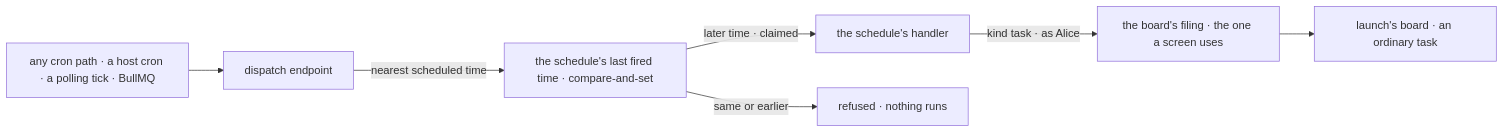
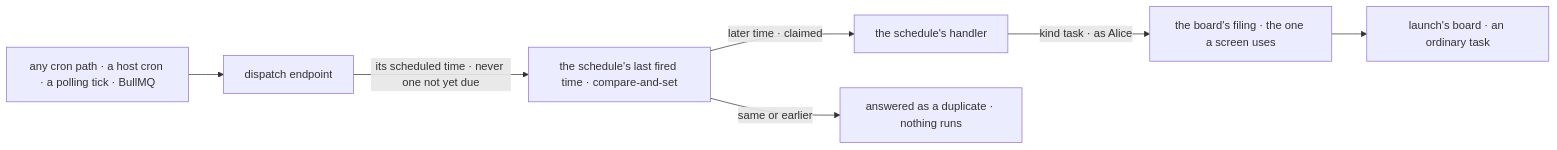
The second of 2 diagrams in specs/issues/FIX-2085/SPEC.md (fixpoint-labs/flow-state-dev), drawn with Mermaid before and after one commit. The commit also changed other lines of this file and 1 other file, not shown here.

First line of the commit message:
spec(FIX-2085): review round 1, D2 claims only a due time, scoped to cross-process CAS stores

````diff
--- a/specs/issues/FIX-2085/SPEC.md
+++ b/specs/issues/FIX-2085/SPEC.md
@@ -85,9 +85,9 @@
 ```mermaid
 flowchart LR
   H["any cron path · a host cron · a polling tick · BullMQ"] --> E["dispatch endpoint"]
-  E -->|"nearest scheduled time"| W["the schedule's last fired time · compare-and-set"]
+  E -->|"its scheduled time · never one not yet due"| W["the schedule's last fired time · compare-and-set"]
   W -->|"later time · claimed"| K["the schedule's handler"]
-  W -->|"same or earlier"| X["refused · nothing runs"]
+  W -->|"same or earlier"| X["answered as a duplicate · nothing runs"]
   K -->|"kind task · as Alice"| F["the board's filing · the one a screen uses"]
   F --> B["launch's board · an ordinary task"]
 ```
````
